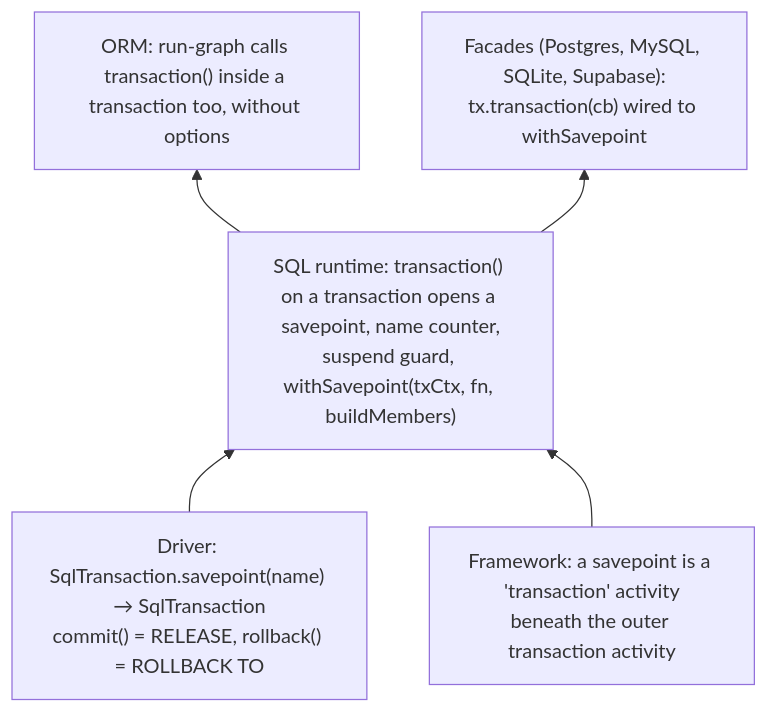
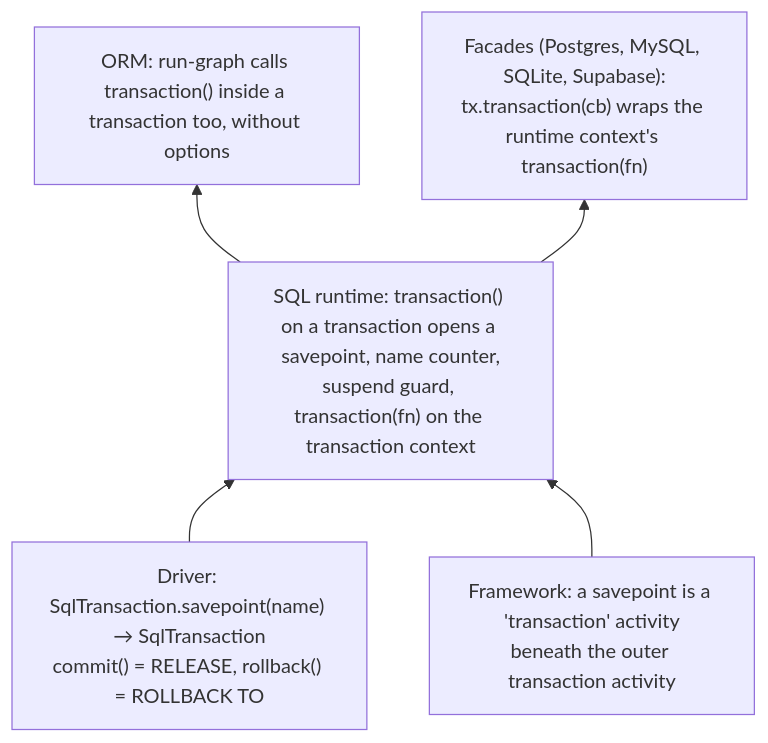
One commit to prisma/orm changed the diagram in projects/nested-transactions/spec.md. Above: the diagram before and after it, drawn with Mermaid. The commit also changed other lines of this file and 2 other files, not shown here.

Commit message:
docs(nested-transactions): the runtime context has transaction(fn); withSavepoint is removed

````diff
--- a/projects/nested-transactions/spec.md
+++ b/projects/nested-transactions/spec.md
@@ -30,12 +30,12 @@
 ```mermaid
 flowchart BT
   D["Driver: SqlTransaction.savepoint(name) → SqlTransaction<br/>commit() = RELEASE, rollback() = ROLLBACK TO"]
   F["Framework: a savepoint is a 'transaction' activity<br/>beneath the outer transaction activity"]
-  R["SQL runtime: transaction() on a transaction opens a savepoint, name counter,<br/>suspend guard, withSavepoint(txCtx, fn, buildMembers)"]
+  R["SQL runtime: transaction() on a transaction opens a savepoint, name counter,<br/>suspend guard, transaction(fn) on the transaction context"]
   O["ORM: run-graph calls transaction() inside a transaction too, without options"]
-  P["Facades (Postgres, MySQL, SQLite, Supabase):<br/>tx.transaction(cb) wired to withSavepoint"]
+  P["Facades (Postgres, MySQL, SQLite, Supabase):<br/>tx.transaction(cb) wraps the runtime context's transaction(fn)"]
   D --> R
   F --> R
   R --> O
   R --> P
 ```
````
